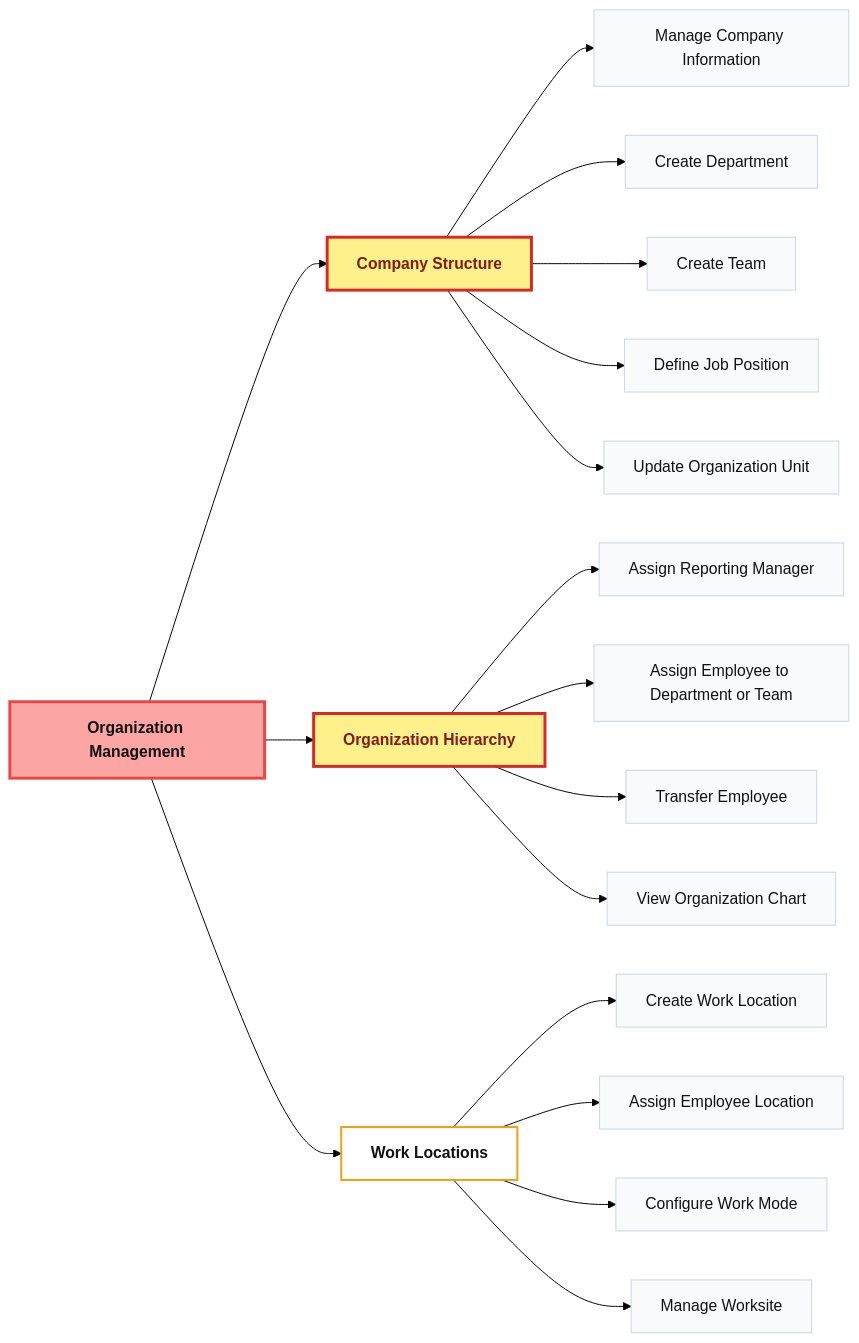
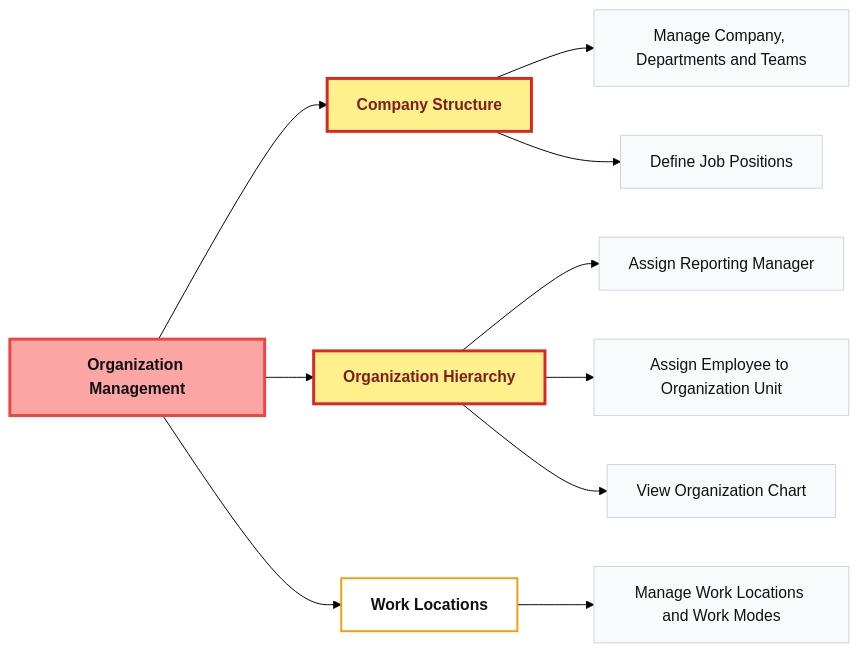
The third of 10 diagrams in README.md (Hagiakhanh/HR-Workforce-Management), drawn with Mermaid (forest theme) before and after one commit. The commit also changed other lines of this file, not shown here.

Commit message:
list all usecase

````diff
--- a/README.md
+++ b/README.md
@@ -117,34 +113,27 @@
 ```mermaid
 flowchart LR
     classDef module fill:#fca5a5,stroke:#ef4444,stroke-width:3px,color:#111,font-weight:bold;
     classDef feature fill:#ffffff,stroke:#f59e0b,stroke-width:2px,color:#111,font-weight:bold;
     classDef important fill:#fef08a,stroke:#dc2626,stroke-width:3px,color:#7f1d1d,font-weight:bold;
     classDef usecase fill:#f8fafc,stroke:#cbd5e1,color:#111;
 
     ORG["Organization Management"]
 
     ORG --> STRUCTURE["Company Structure"]
     ORG --> HIERARCHY["Organization Hierarchy"]
     ORG --> LOCATION["Work Locations"]
 
-    STRUCTURE --> S1["Manage Company Information"]
-    STRUCTURE --> S2["Create Department"]
-    STRUCTURE --> S3["Create Team"]
-    STRUCTURE --> S4["Define Job Position"]
-    STRUCTURE --> S5["Update Organization Unit"]
+    STRUCTURE --> S1["Manage Company, Departments and Teams"]
+    STRUCTURE --> S2["Define Job Positions"]
 
     HIERARCHY --> H1["Assign Reporting Manager"]
-    HIERARCHY --> H2["Assign Employee to Department or Team"]
-    HIERARCHY --> H3["Transfer Employee"]
-    HIERARCHY --> H4["View Organization Chart"]
+    HIERARCHY --> H2["Assign Employee to Organization Unit"]
+    HIERARCHY --> H3["View Organization Chart"]
 
-    LOCATION --> W1["Create Work Location"]
-    LOCATION --> W2["Assign Employee Location"]
-    LOCATION --> W3["Configure Work Mode"]
-    LOCATION --> W4["Manage Worksite"]
+    LOCATION --> W1["Manage Work Locations and Work Modes"]
 
     class ORG module;
     class STRUCTURE,HIERARCHY,LOCATION feature;
     class STRUCTURE,HIERARCHY important;
-    class S1,S2,S3,S4,S5,H1,H2,H3,H4,W1,W2,W3,W4 usecase;
+    class S1,S2,H1,H2,H3,W1 usecase;
 ```
````
